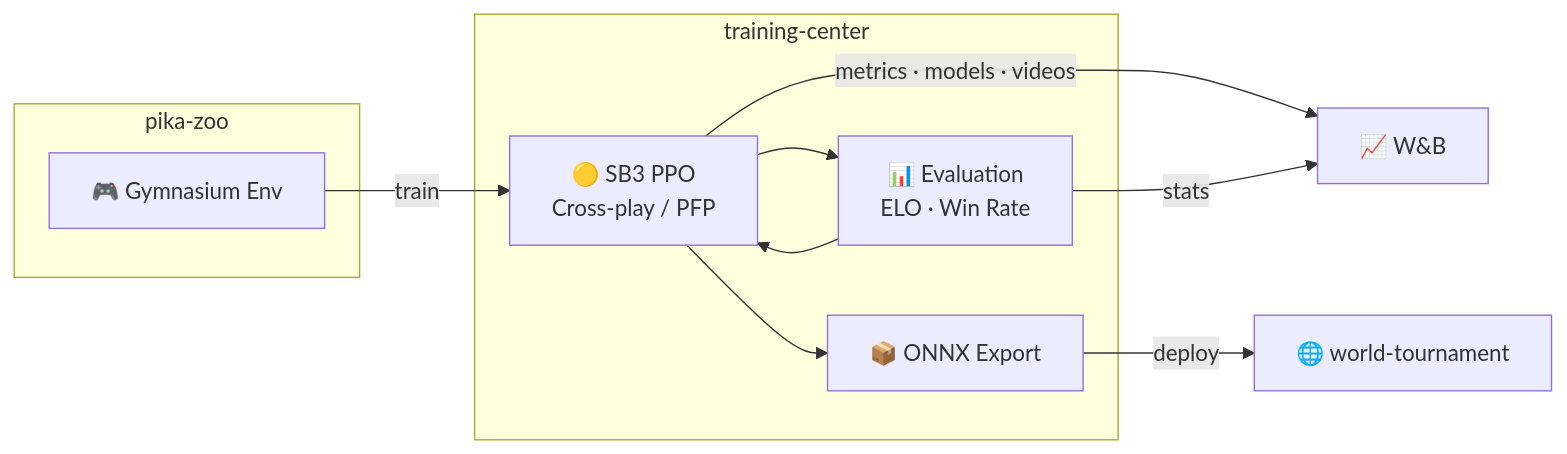
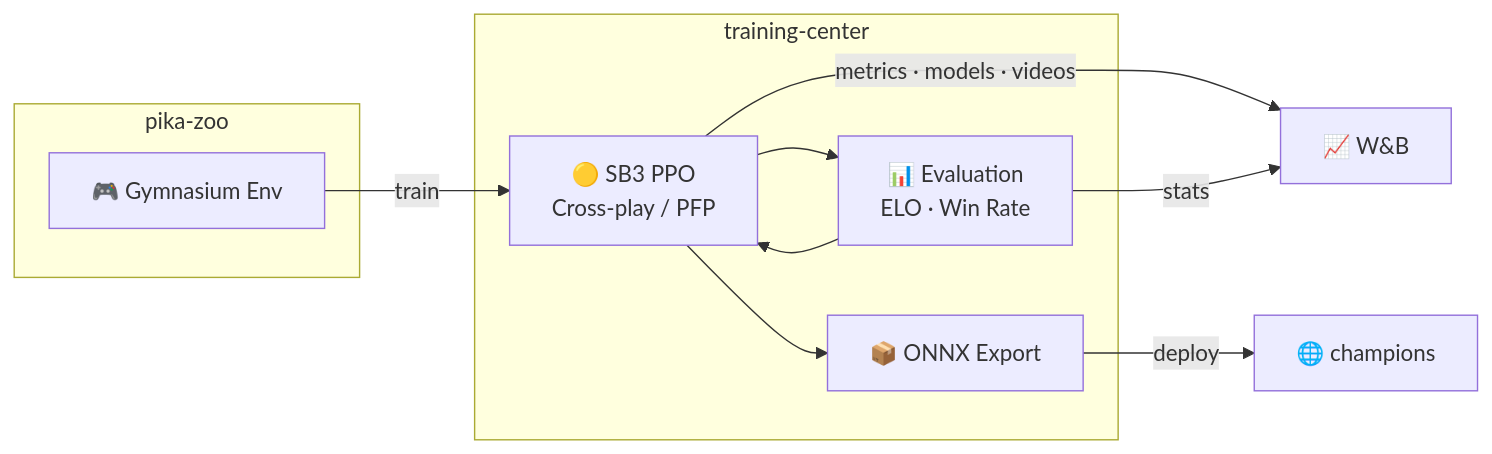
The diagram in README.md (alphachu-volleyball/training-center), drawn with Mermaid before and after one commit. The commit also changed other lines of this file and 1 other file, not shown here.

Commit message:
docs: rename world-tournament to champions (#51)

````diff
--- a/README.md
+++ b/README.md
@@ -17,21 +17,21 @@
 ```mermaid
 graph LR
     subgraph pika-zoo
         ENV["🎮 Gymnasium Env"]
     end
 
     subgraph training-center
         TRAIN["🟡 SB3 PPO<br>Cross-play / PFP"]
         EVAL["📊 Evaluation<br>ELO · Win Rate"]
         EXPORT["📦 ONNX Export"]
 
         TRAIN --> EVAL
         EVAL --> TRAIN
         TRAIN --> EXPORT
     end
 
     ENV -->|train| TRAIN
     TRAIN -->|metrics · models · videos| WB["📈 W&B"]
     EVAL -->|stats| WB
-    EXPORT -->|deploy| WT["🌐 world-tournament"]
+    EXPORT -->|deploy| WT["🌐 champions"]
 ```
````
